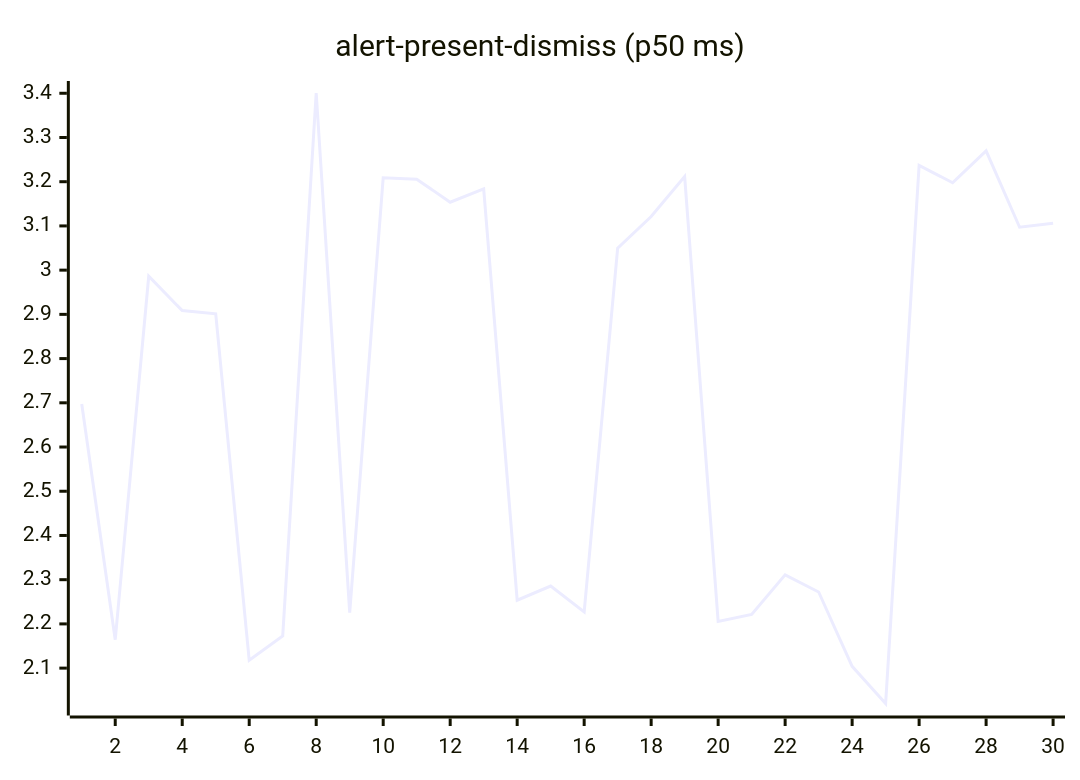
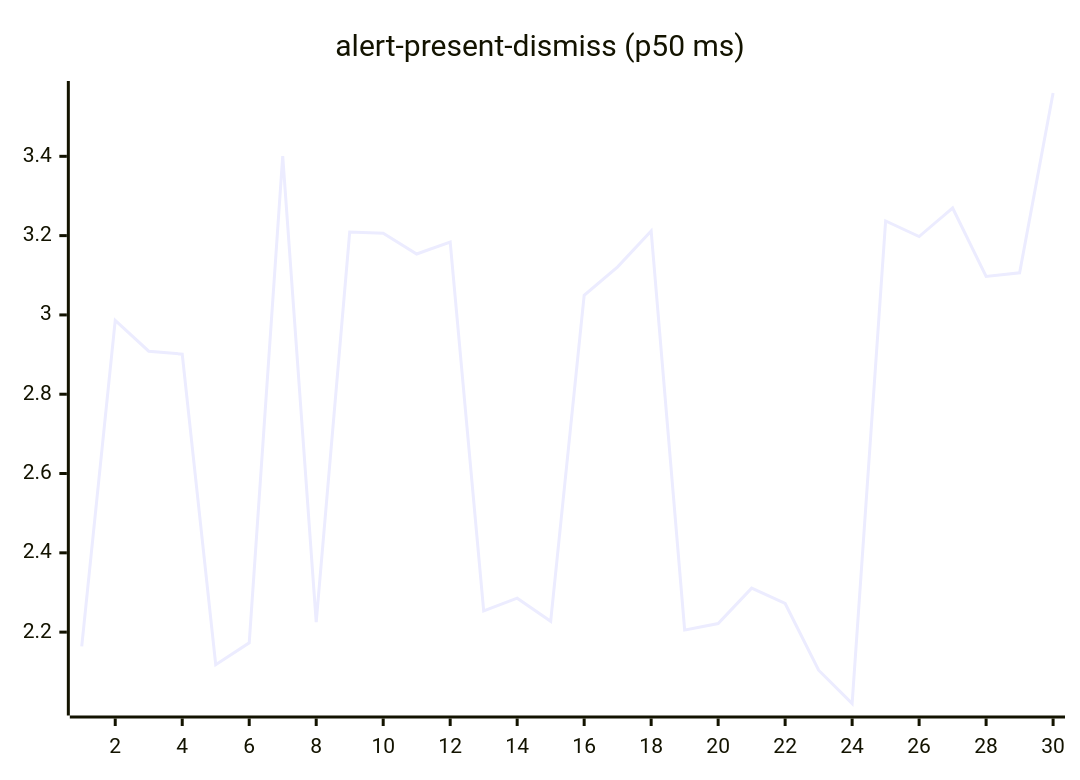
Before and after one commit to josha/Facet: the second of 27 diagrams in README.md, drawn with Mermaid. The commit also changed other lines of this file and 2 other files, not shown here.

````diff
--- a/README.md
+++ b/README.md
@@ -70,6 +70,6 @@
 ```mermaid
 xychart-beta
     title "alert-present-dismiss (p50 ms)"
     x-axis 1 --> 30
-    line [2.6974, 2.1643, 2.9862, 2.9085, 2.9011, 2.1177, 2.1729, 3.4006, 2.2253, 3.2090, 3.2058, 3.1536, 3.1837, 2.2536, 2.2857, 2.2272, 3.0496, 3.1212, 3.2117, 2.2054, 2.2216, 2.3109, 2.2722, 2.1040, 2.0200, 3.2371, 3.1976, 3.2697, 3.0970, 3.1061]
+    line [2.1643, 2.9862, 2.9085, 2.9011, 2.1177, 2.1729, 3.4006, 2.2253, 3.2090, 3.2058, 3.1536, 3.1837, 2.2536, 2.2857, 2.2272, 3.0496, 3.1212, 3.2117, 2.2054, 2.2216, 2.3109, 2.2722, 2.1040, 2.0200, 3.2371, 3.1976, 3.2697, 3.0970, 3.1061, 3.5597]
 ```
````
